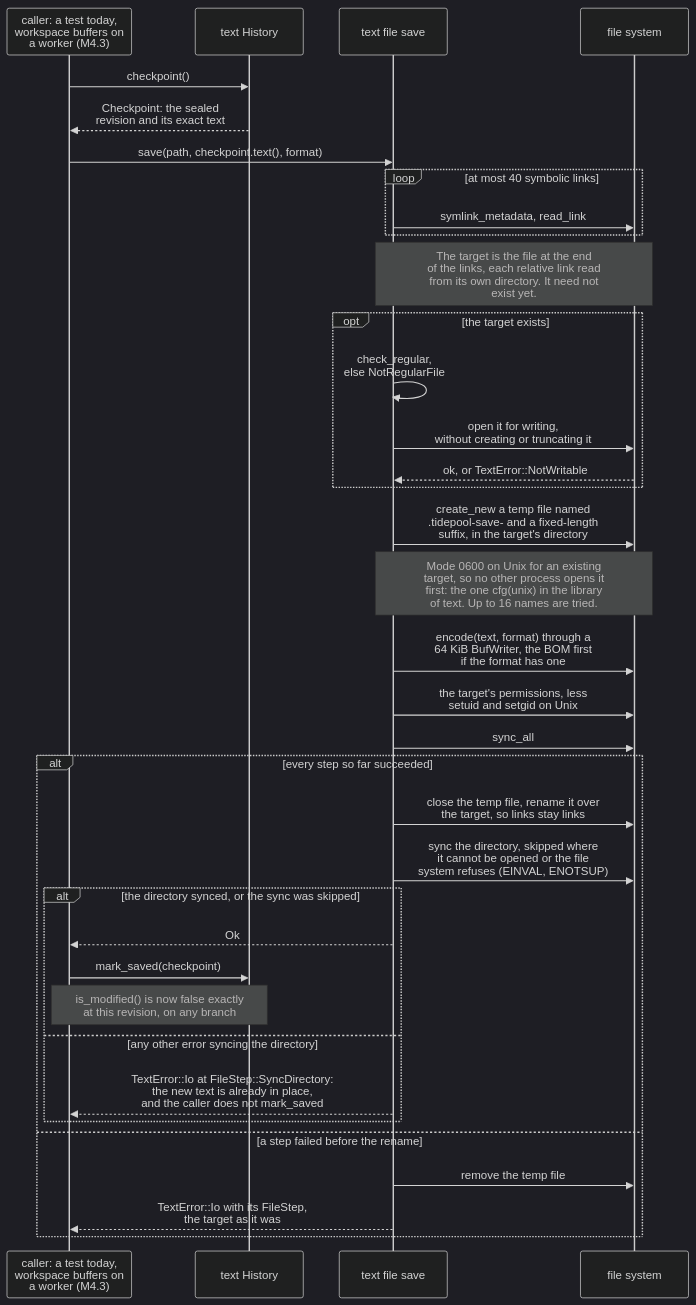
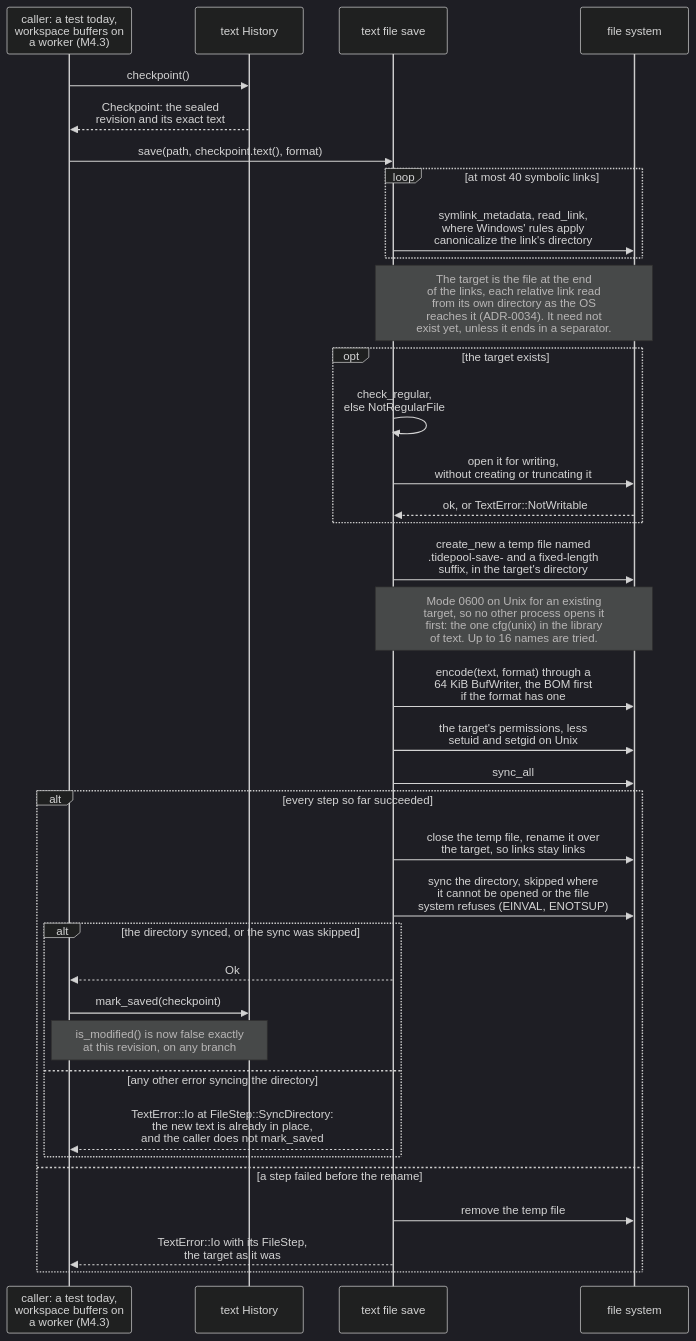
The sixth of 21 diagrams in diagrams/sequence-diagrams.md (jabbott-iii/Tidepool), drawn with Mermaid (dark theme) before and after one commit. The commit also changed 8 other files, not shown here.

````diff
--- a/diagrams/sequence-diagrams.md
+++ b/diagrams/sequence-diagrams.md
@@ -336,39 +336,39 @@
 ```mermaid
 sequenceDiagram
     participant Caller as caller: a test today,<br/>workspace buffers on<br/>a worker (M4.3)
     participant Hist as text History
     participant Save as text file save
     participant Fs as file system
 
     Caller->>Hist: checkpoint()
     Hist-->>Caller: Checkpoint: the sealed<br/>revision and its exact text
     Caller->>Save: save(path, checkpoint.text(), format)
     loop at most 40 symbolic links
-        Save->>Fs: symlink_metadata, read_link
+        Save->>Fs: symlink_metadata, read_link,<br/>where Windows' rules apply<br/>canonicalize the link's directory
     end
-    Note over Save,Fs: The target is the file at the end<br/>of the links, each relative link read<br/>from its own directory. It need not<br/>exist yet.
+    Note over Save,Fs: The target is the file at the end<br/>of the links, each relative link read<br/>from its own directory as the OS<br/>reaches it (ADR-0034). It need not<br/>exist yet, unless it ends in a separator.
     opt the target exists
         Save->>Save: check_regular,<br/>else NotRegularFile
         Save->>Fs: open it for writing,<br/>without creating or truncating it
         Fs-->>Save: ok, or TextError::NotWritable
     end
     Save->>Fs: create_new a temp file named<br/>.tidepool-save- and a fixed-length<br/>suffix, in the target's directory
     Note over Save,Fs: Mode 0600 on Unix for an existing<br/>target, so no other process opens it<br/>first: the one cfg(unix) in the library<br/>of text. Up to 16 names are tried.
     Save->>Fs: encode(text, format) through a<br/>64 KiB BufWriter, the BOM first<br/>if the format has one
     Save->>Fs: the target's permissions, less<br/>setuid and setgid on Unix
     Save->>Fs: sync_all
     alt every step so far succeeded
         Save->>Fs: close the temp file, rename it over<br/>the target, so links stay links
         Save->>Fs: sync the directory, skipped where<br/>it cannot be opened or the file<br/>system refuses (EINVAL, ENOTSUP)
         alt the directory synced, or the sync was skipped
             Save-->>Caller: Ok
             Caller->>Hist: mark_saved(checkpoint)
             Note over Caller,Hist: is_modified() is now false exactly<br/>at this revision, on any branch
         else any other error syncing the directory
             Save-->>Caller: TextError::Io at FileStep::SyncDirectory:<br/>the new text is already in place,<br/>and the caller does not mark_saved
         end
     else a step failed before the rename
         Save->>Fs: remove the temp file
         Save-->>Caller: TextError::Io with its FileStep,<br/>the target as it was
     end
 ```
````
